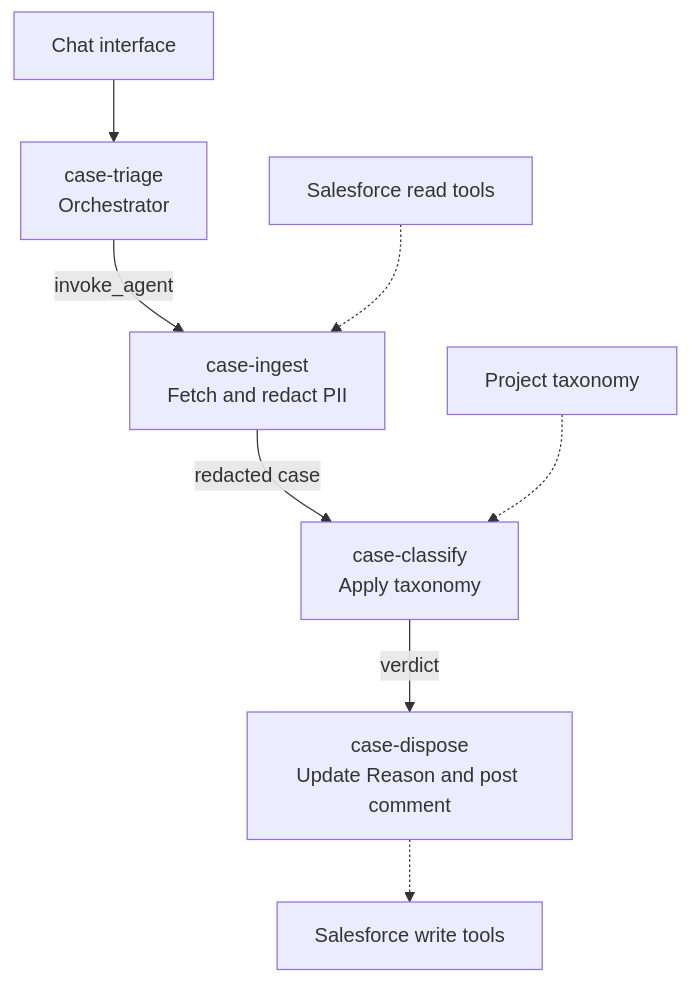
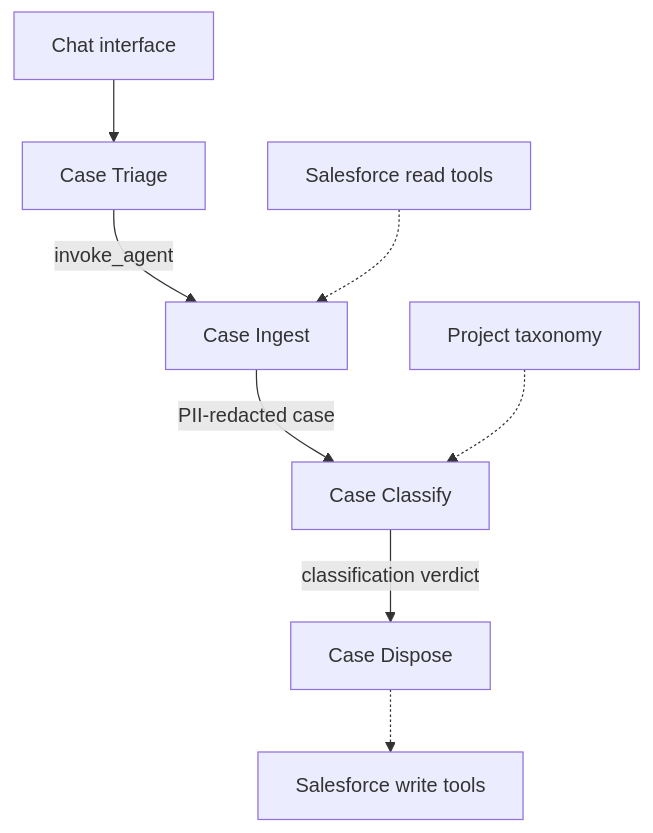
One commit to veryfront/agentic-case-processing-salesforce changed the diagram in README.md. Above: the diagram before and after it, drawn with Mermaid.

Commit message:
docs: use agent names in architecture

````diff
--- a/README.md
+++ b/README.md
@@ -5,11 +5,11 @@
 ```mermaid
 flowchart TD
-  Chat["Chat interface"] --> Triage["case-triage<br/>Orchestrator"]
-  Triage -->|invoke_agent| Ingest["case-ingest<br/>Fetch and redact PII"]
-  Ingest -->|redacted case| Classify["case-classify<br/>Apply taxonomy"]
-  Classify -->|verdict| Dispose["case-dispose<br/>Update Reason and post comment"]
+  Chat["Chat interface"] --> Triage["Case Triage"]
+  Triage -->|invoke_agent| Ingest["Case Ingest"]
+  Ingest -->|PII-redacted case| Classify["Case Classify"]
+  Classify -->|classification verdict| Dispose["Case Dispose"]
 
   SalesforceRead["Salesforce read tools"] -.-> Ingest
   Taxonomy["Project taxonomy"] -.-> Classify
   Dispose -.-> SalesforceWrite["Salesforce write tools"]
 ```
````
